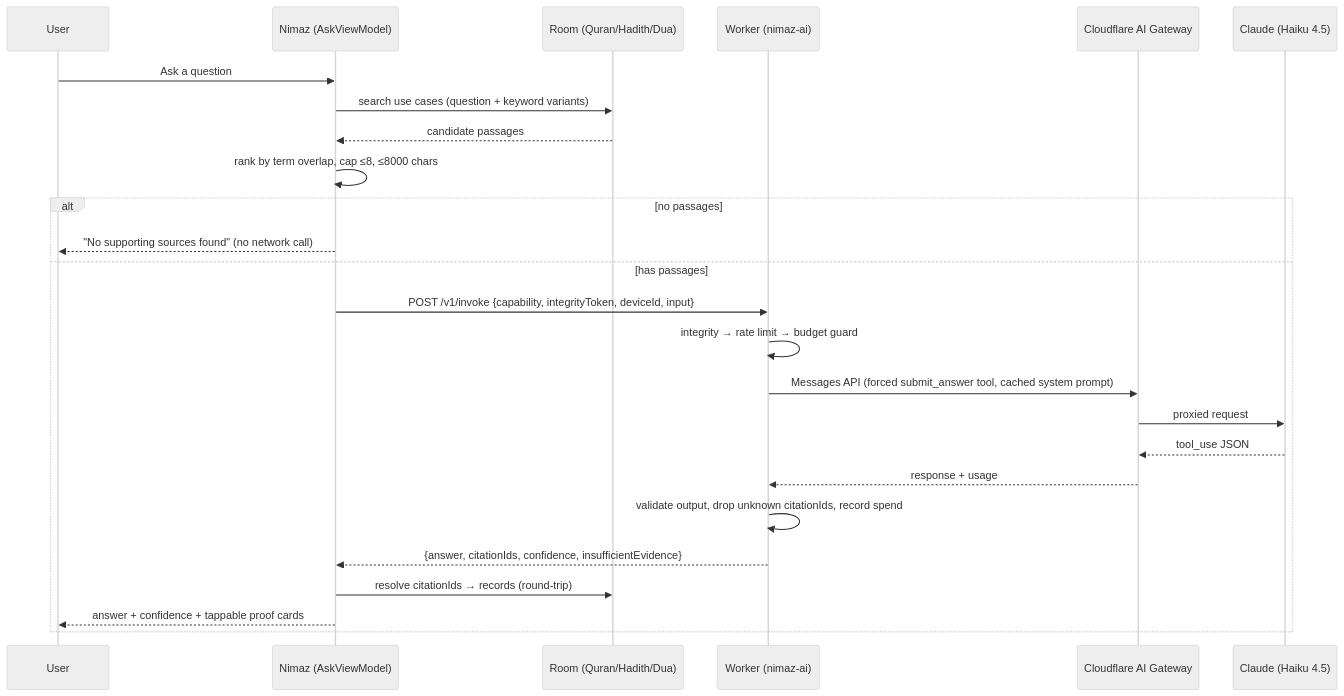
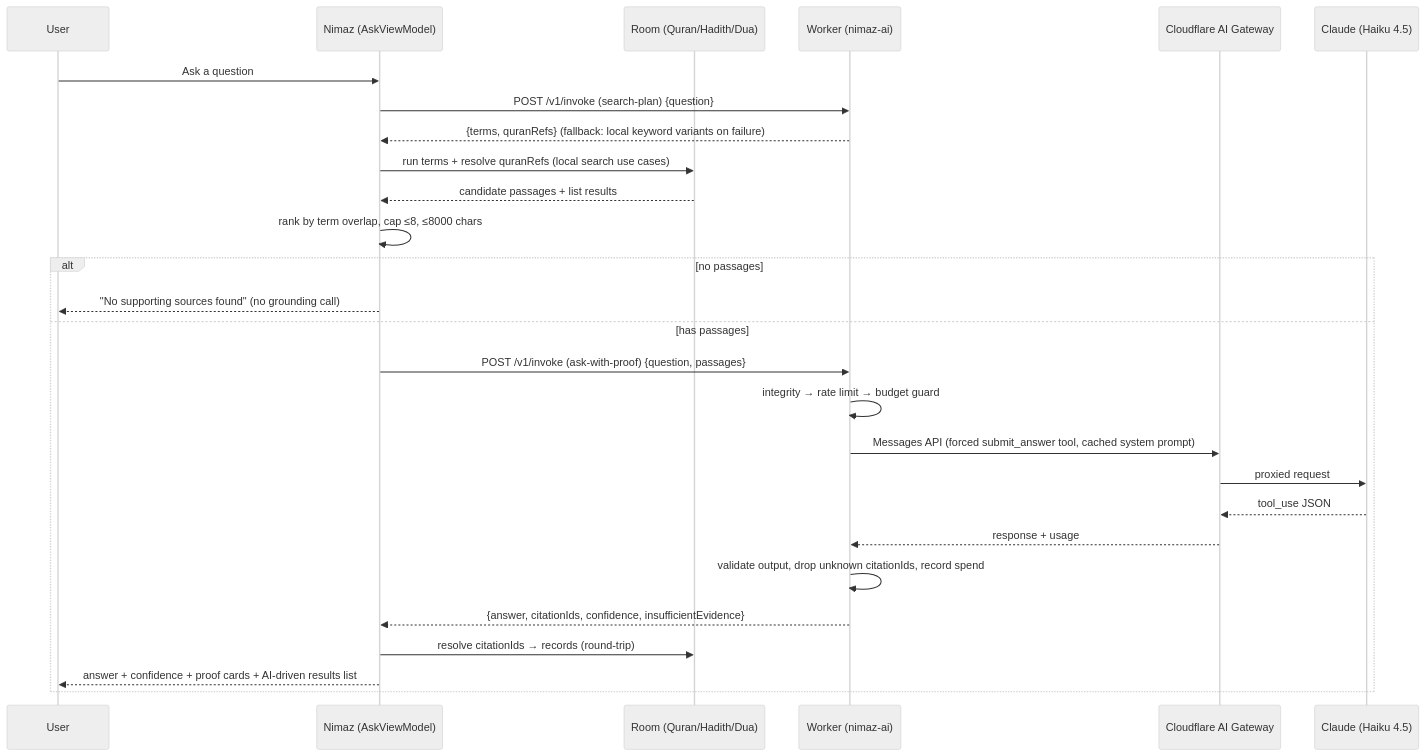
One commit to arshad-shah/Nimaz changed the diagram in docs/ai-ask-with-proof.md. Above: the diagram before and after it, drawn with Mermaid (neutral theme). The commit also changed other lines of this file and 23 other files, not shown here.

First line of the commit message:
Unify search and ask input into single search bar (#243)

````diff
--- a/docs/ai-ask-with-proof.md
+++ b/docs/ai-ask-with-proof.md
@@ -15,28 +28,30 @@
 ```mermaid
 sequenceDiagram
     participant U as User
     participant App as Nimaz (AskViewModel)
     participant Room as Room (Quran/Hadith/Dua)
     participant W as Worker (nimaz-ai)
     participant GW as Cloudflare AI Gateway
     participant C as Claude (Haiku 4.5)
 
     U->>App: Ask a question
-    App->>Room: search use cases (question + keyword variants)
-    Room-->>App: candidate passages
+    App->>W: POST /v1/invoke (search-plan) {question}
+    W-->>App: {terms, quranRefs}  (fallback: local keyword variants on failure)
+    App->>Room: run terms + resolve quranRefs (local search use cases)
+    Room-->>App: candidate passages + list results
     App->>App: rank by term overlap, cap ≤8, ≤8000 chars
     alt no passages
-        App-->>U: "No supporting sources found" (no network call)
+        App-->>U: "No supporting sources found" (no grounding call)
     else has passages
-        App->>W: POST /v1/invoke {capability, integrityToken, deviceId, input}
+        App->>W: POST /v1/invoke (ask-with-proof) {question, passages}
         W->>W: integrity → rate limit → budget guard
         W->>GW: Messages API (forced submit_answer tool, cached system prompt)
         GW->>C: proxied request
         C-->>GW: tool_use JSON
         GW-->>W: response + usage
         W->>W: validate output, drop unknown citationIds, record spend
         W-->>App: {answer, citationIds, confidence, insufficientEvidence}
         App->>Room: resolve citationIds → records (round-trip)
-        App-->>U: answer + confidence + tappable proof cards
+        App-->>U: answer + confidence + proof cards + AI-driven results list
     end
 ```
````
